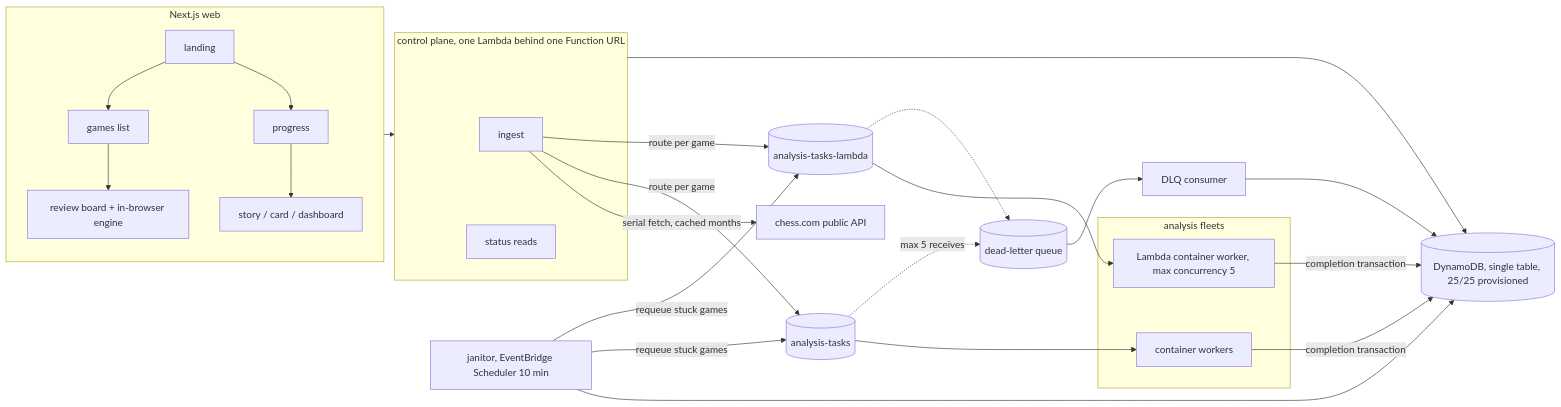
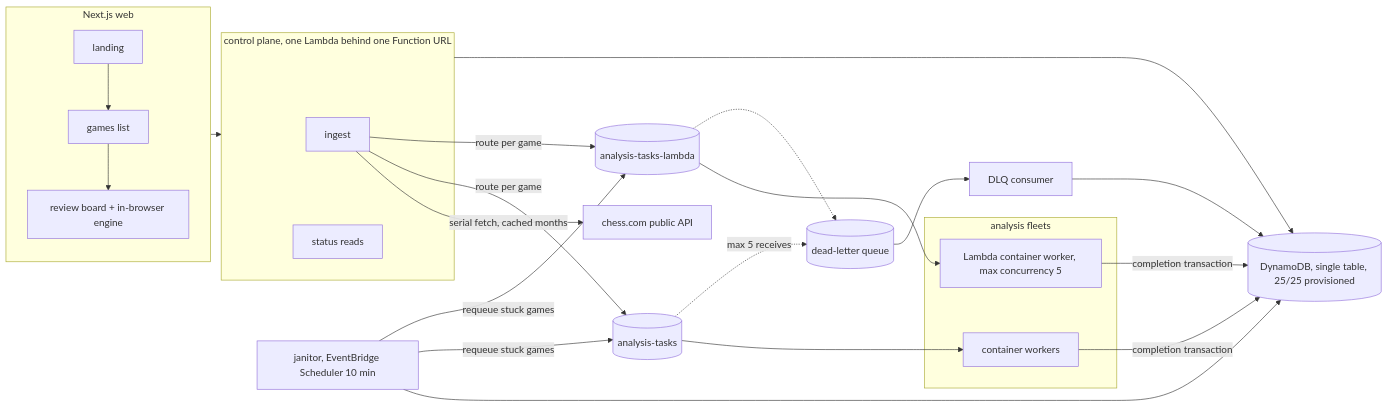
Before and after one commit to Aksh1810/Forked: the diagram in README.md, drawn with Mermaid. The commit also changed other lines of this file and 53 other files, not shown here.

````diff
--- a/README.md
+++ b/README.md
@@ -24,34 +19,33 @@
 ```mermaid
 flowchart LR
   subgraph web [Next.js web]
     L[landing] --> G[games list] --> R[review board + in-browser engine]
-    L --> P[progress] --> S[story / card / dashboard]
   end
   subgraph control [control plane, one Lambda behind one Function URL]
     I[ingest]
     ST[status reads]
   end
   subgraph workers [analysis fleets]
     W1[container workers]
     W2[Lambda container worker, max concurrency 5]
   end
   J[janitor, EventBridge Scheduler 10 min]
   Q1[(analysis-tasks)]
   Q2[(analysis-tasks-lambda)]
   DLQ[(dead-letter queue)] --> DC[DLQ consumer]
   DB[(DynamoDB, single table, 25/25 provisioned)]
   CC[chess.com public API]
 
   web --> control
   I -->|serial fetch, cached months| CC
   I -->|route per game| Q1 & Q2
   Q1 --> W1
   Q2 --> W2
   Q1 -.max 5 receives.-> DLQ
   Q2 -.-> DLQ
   W1 & W2 -->|completion transaction| DB
   control --> DB
   J --> DB
   J -->|requeue stuck games| Q1 & Q2
   DC --> DB
 ```
````
